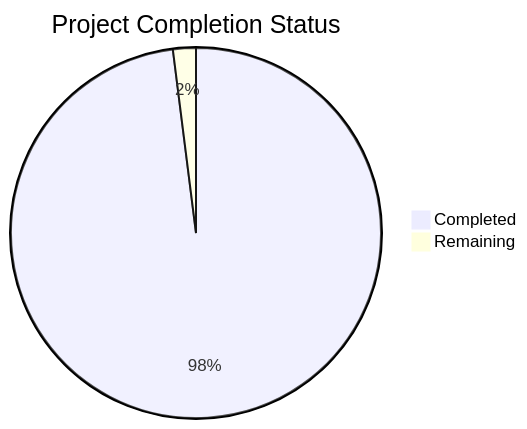
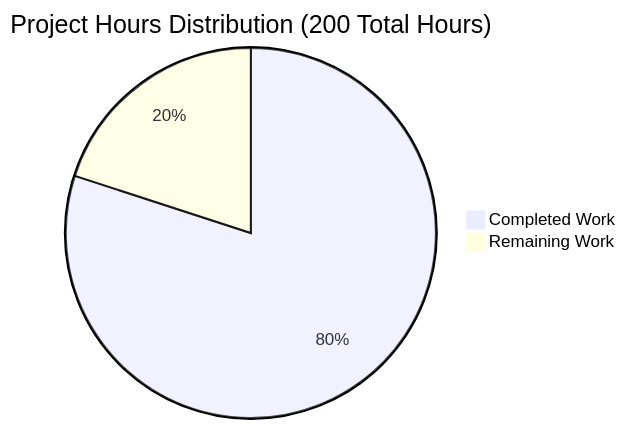
Before and after one commit to lakshya-blitzy/branch_August_lakshya_: the first of 4 diagrams in blitzy/documentation/Project Guide.md, drawn with Mermaid. The commit also changed other lines of this file, not shown here.

Commit message:
Adding Blitzy Project Guide: Project Status and Human Tasks Remaining

````diff
--- a/blitzy/documentation/Project Guide.md
+++ b/blitzy/documentation/Project Guide.md
@@ -70,5 +100,5 @@
 ```mermaid
-pie title Project Completion Status
-    "Completed" : 98
-    "Remaining" : 2
+pie title Project Hours Distribution (200 Total Hours)
+    "Completed Work" : 160
+    "Remaining Work" : 40
 ```
````
